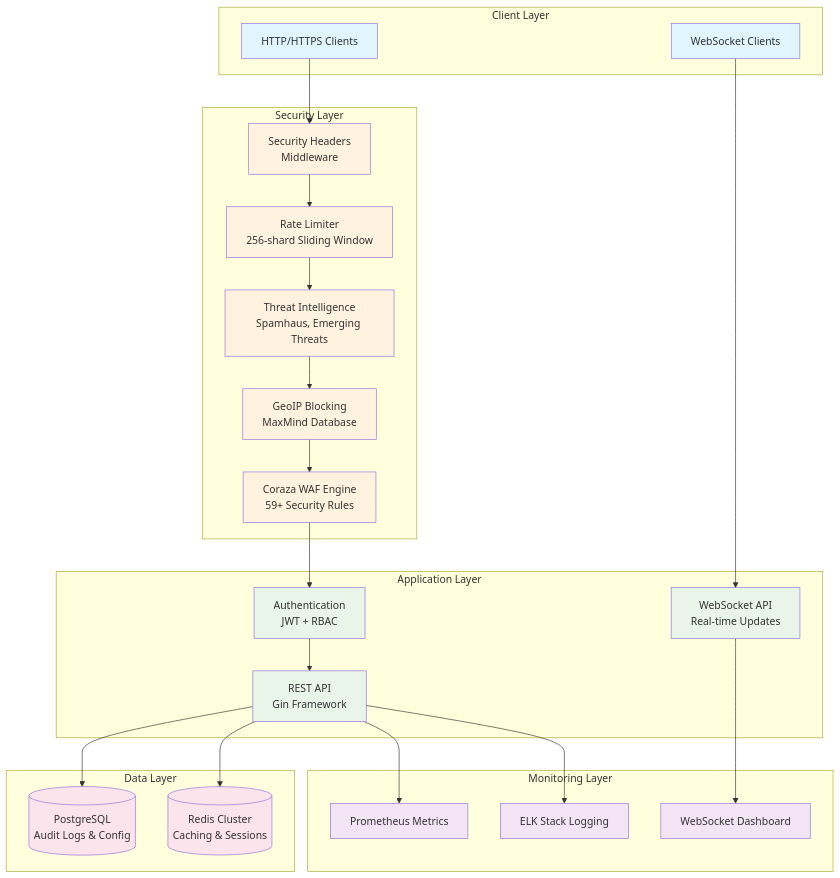
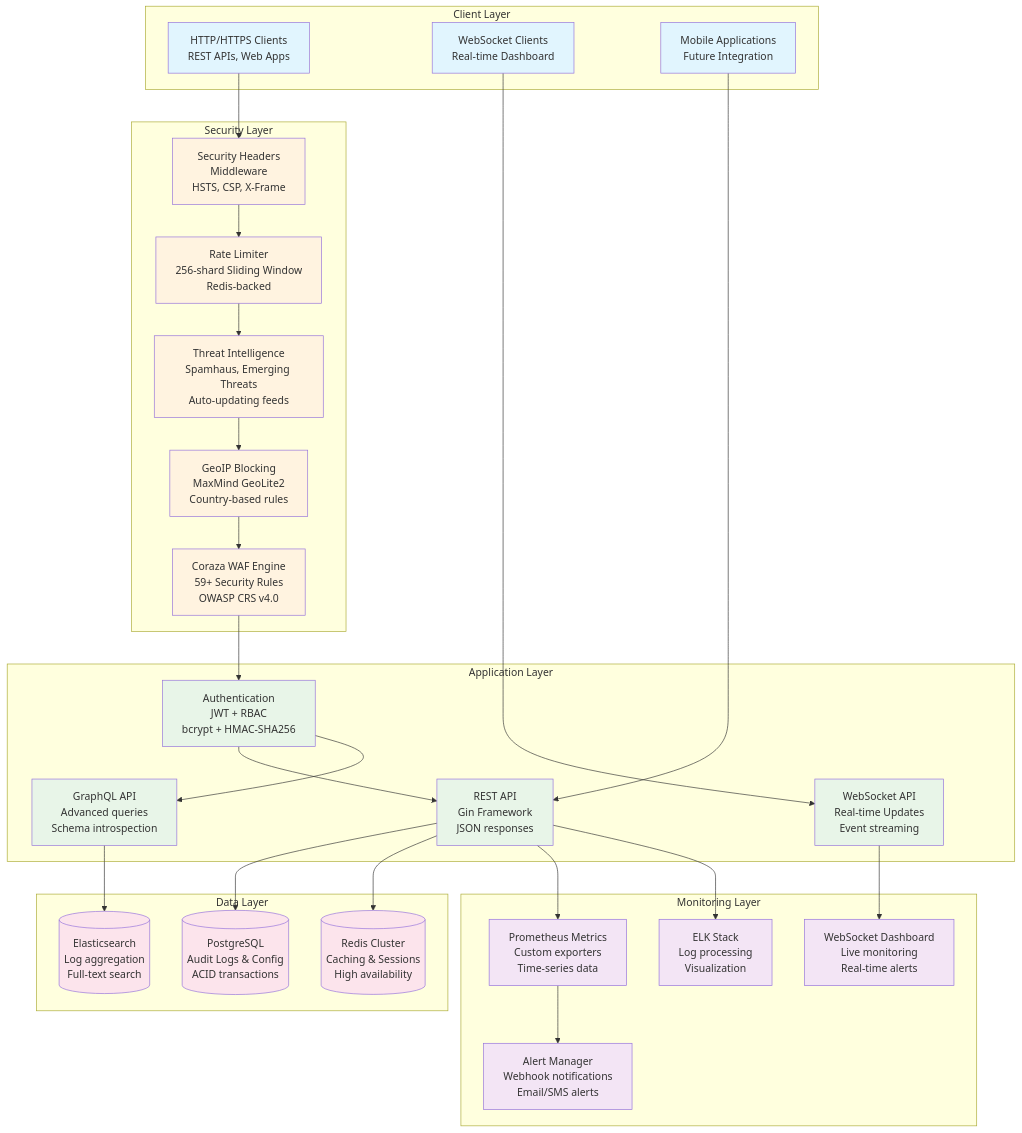
The first of 3 diagrams in blackbook.md (Abhishek-yadav04/Obsidian), drawn with Mermaid before and after one commit. The commit also changed other lines of this file, not shown here.

````diff
--- a/blackbook.md
+++ b/blackbook.md
@@ -368,62 +388,74 @@
 ```mermaid
 graph TB
     subgraph "Client Layer"
-        C[HTTP/HTTPS Clients]
-        WS[WebSocket Clients]
+        C[HTTP/HTTPS Clients<br/>REST APIs, Web Apps]
+        WS[WebSocket Clients<br/>Real-time Dashboard]
+        M[Mobile Applications<br/>Future Integration]
     end
     
     subgraph "Security Layer"
-        SL[Security Headers<br/>Middleware]
-        RL[Rate Limiter<br/>256-shard Sliding Window]
-        TI[Threat Intelligence<br/>Spamhaus, Emerging Threats]
-        GI[GeoIP Blocking<br/>MaxMind Database]
-        CW[Coraza WAF Engine<br/>59+ Security Rules]
+        SL[Security Headers<br/>Middleware<br/>HSTS, CSP, X-Frame]
+        RL[Rate Limiter<br/>256-shard Sliding Window<br/>Redis-backed]
+        TI[Threat Intelligence<br/>Spamhaus, Emerging Threats<br/>Auto-updating feeds]
+        GI[GeoIP Blocking<br/>MaxMind GeoLite2<br/>Country-based rules]
+        CW[Coraza WAF Engine<br/>59+ Security Rules<br/>OWASP CRS v4.0]
     end
     
     subgraph "Application Layer"
-        AU[Authentication<br/>JWT + RBAC]
-        API[REST API<br/>Gin Framework]
-        WSAPI[WebSocket API<br/>Real-time Updates]
+        AU[Authentication<br/>JWT + RBAC<br/>bcrypt + HMAC-SHA256]
+        API[REST API<br/>Gin Framework<br/>JSON responses]
+        WSAPI[WebSocket API<br/>Real-time Updates<br/>Event streaming]
+        GR[GraphQL API<br/>Advanced queries<br/>Schema introspection]
     end
     
     subgraph "Data Layer"
-        PG[(PostgreSQL<br/>Audit Logs & Config)]
-        RD[(Redis Cluster<br/>Caching & Sessions)]
+        PG[(PostgreSQL<br/>Audit Logs & Config<br/>ACID transactions)]
+        RD[(Redis Cluster<br/>Caching & Sessions<br/>High availability)]
+        ES[(Elasticsearch<br/>Log aggregation<br/>Full-text search)]
     end
     
     subgraph "Monitoring Layer"
-        PM[Prometheus Metrics]
-        ELK[ELK Stack Logging]
-        WSOCK[WebSocket Dashboard]
+        PM[Prometheus Metrics<br/>Custom exporters<br/>Time-series data]
+        ELK[ELK Stack<br/>Log processing<br/>Visualization]
+        WSOCK[WebSocket Dashboard<br/>Live monitoring<br/>Real-time alerts]
+        ALT[Alert Manager<br/>Webhook notifications<br/>Email/SMS alerts]
     end
     
     C --> SL
     WS --> WSAPI
+    M --> API
     SL --> RL
     RL --> TI
     TI --> GI
     GI --> CW
     CW --> AU
     AU --> API
+    AU --> GR
     API --> PG
     API --> RD
+    GR --> ES
     API --> PM
     API --> ELK
     WSAPI --> WSOCK
+    PM --> ALT
     
     style C fill:#e1f5fe
     style WS fill:#e1f5fe
+    style M fill:#e1f5fe
     style SL fill:#fff3e0
     style RL fill:#fff3e0
     style TI fill:#fff3e0
     style GI fill:#fff3e0
     style CW fill:#fff3e0
     style AU fill:#e8f5e8
     style API fill:#e8f5e8
     style WSAPI fill:#e8f5e8
+    style GR fill:#e8f5e8
     style PG fill:#fce4ec
     style RD fill:#fce4ec
+    style ES fill:#fce4ec
     style PM fill:#f3e5f5
     style ELK fill:#f3e5f5
     style WSOCK fill:#f3e5f5
+    style ALT fill:#f3e5f5
 ```
````
